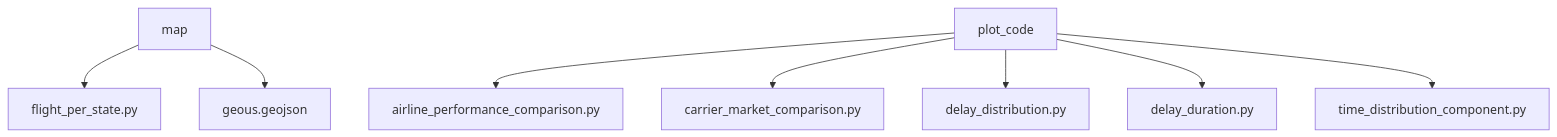
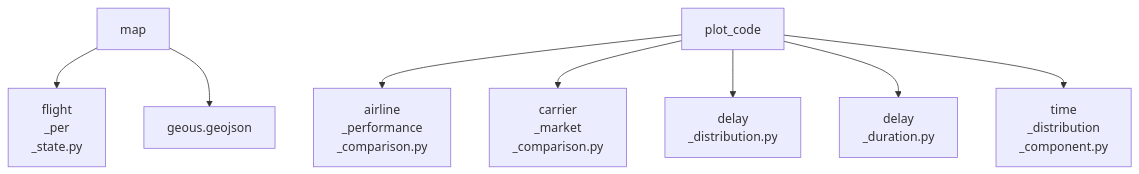
One commit to Mathatou/Data_Python changed the second of 3 diagrams in README.md. Above: the diagram before and after it, drawn with Mermaid. The commit also changed other lines of this file, not shown here.

Commit message:
test de graphique plus lisible

````diff
--- a/README.md
+++ b/README.md
@@ -40,14 +40,14 @@
 ```mermaid
 %% Section 2 : map et plot_code
 graph TD
     C[map]
-    C --> C1[flight_per_state.py]
+    C --> C1[flight<br>_per<br>_state.py]
     C --> C2[geous.geojson]
 
     D[plot_code]
-    D --> D1[airline_performance_comparison.py]
-    D --> D2[carrier_market_comparison.py]
-    D --> D3[delay_distribution.py]
-    D --> D4[delay_duration.py]
-    D --> D5[time_distribution_component.py]
+    D --> D1[airline<br>_performance<br>_comparison.py]
+    D --> D2[carrier<br>_market<br>_comparison.py]
+    D --> D3[delay<br>_distribution.py]
+    D --> D4[delay<br>_duration.py]
+    D --> D5[time<br>_distribution<br>_component.py]
 ```
````
